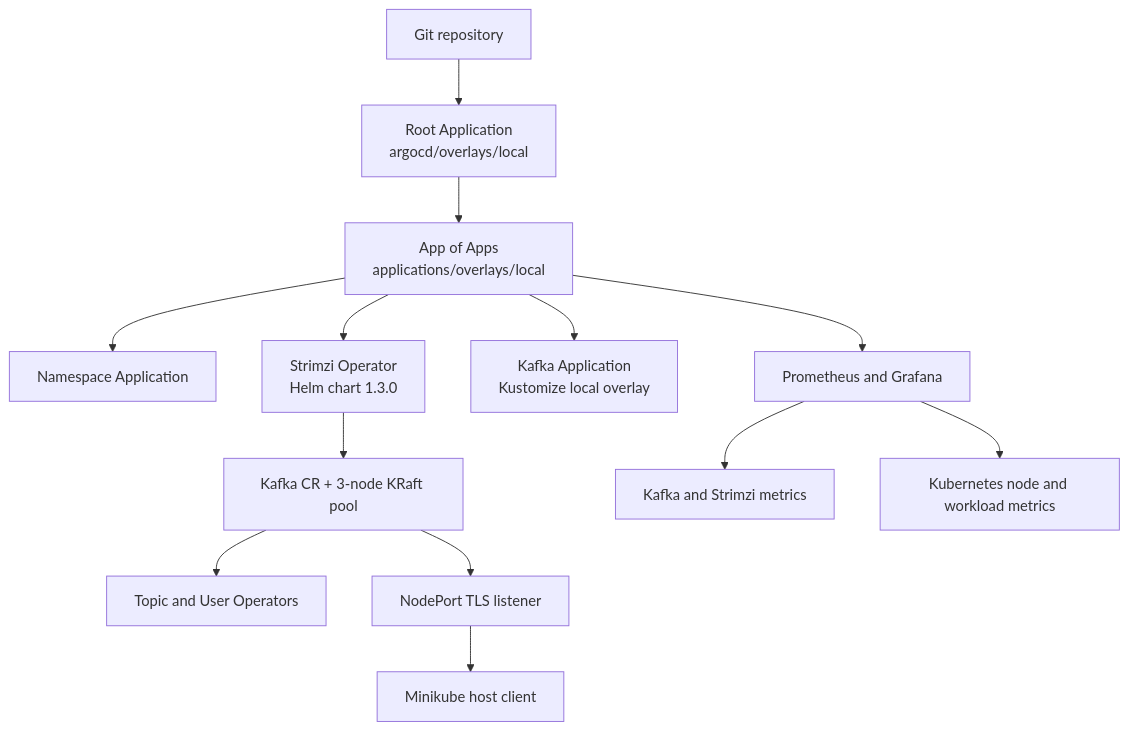
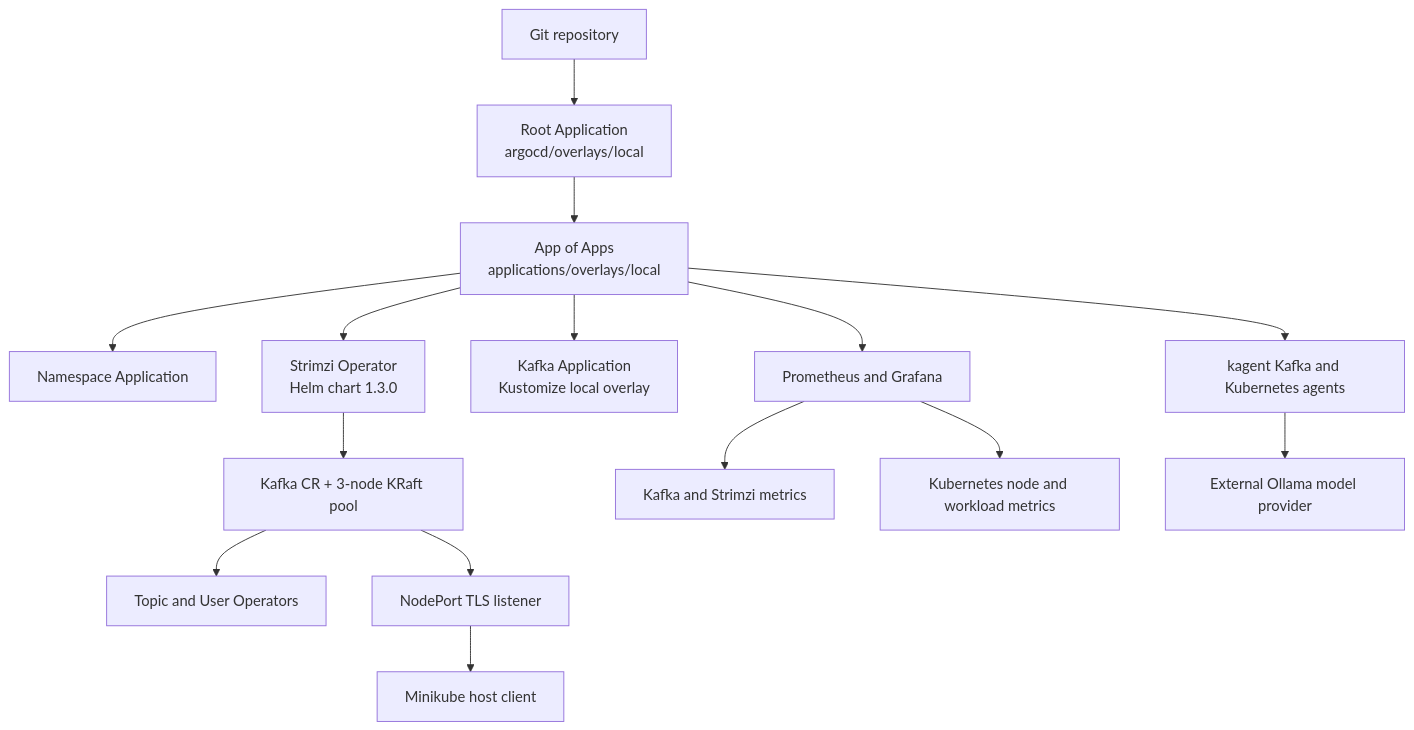
One commit to zamirarif/strimzi-minikube-gitops changed the diagram in README.md. Above: the diagram before and after it, drawn with Mermaid. The commit also changed other lines of this file and 12 other files, not shown here.

````diff
--- a/README.md
+++ b/README.md
@@ -12,24 +14,26 @@
 ```mermaid
 flowchart TD
     Git[Git repository]
     Root[Root Application<br/>argocd/overlays/local]
     Apps[App of Apps<br/>applications/overlays/local]
     Namespaces[Namespace Application]
     Operator[Strimzi Operator<br/>Helm chart 1.3.0]
     Kafka[Kafka Application<br/>Kustomize local overlay]
     Cluster[Kafka CR + 3-node KRaft pool]
     Entity[Topic and User Operators]
     External[NodePort TLS listener]
 
     Git --> Root --> Apps
     Apps --> Namespaces
     Apps --> Operator
     Apps --> Kafka
     Apps --> Monitoring[Prometheus and Grafana]
     Operator --> Cluster
     Cluster --> Entity
     Cluster --> External
     Monitoring --> KafkaMetrics[Kafka and Strimzi metrics]
     Monitoring --> NodeMetrics[Kubernetes node and workload metrics]
     External --> Client[Minikube host client]
+    Apps --> Kagent[kagent Kafka and Kubernetes agents]
+    Kagent --> Ollama[External Ollama model provider]
 ```
````
